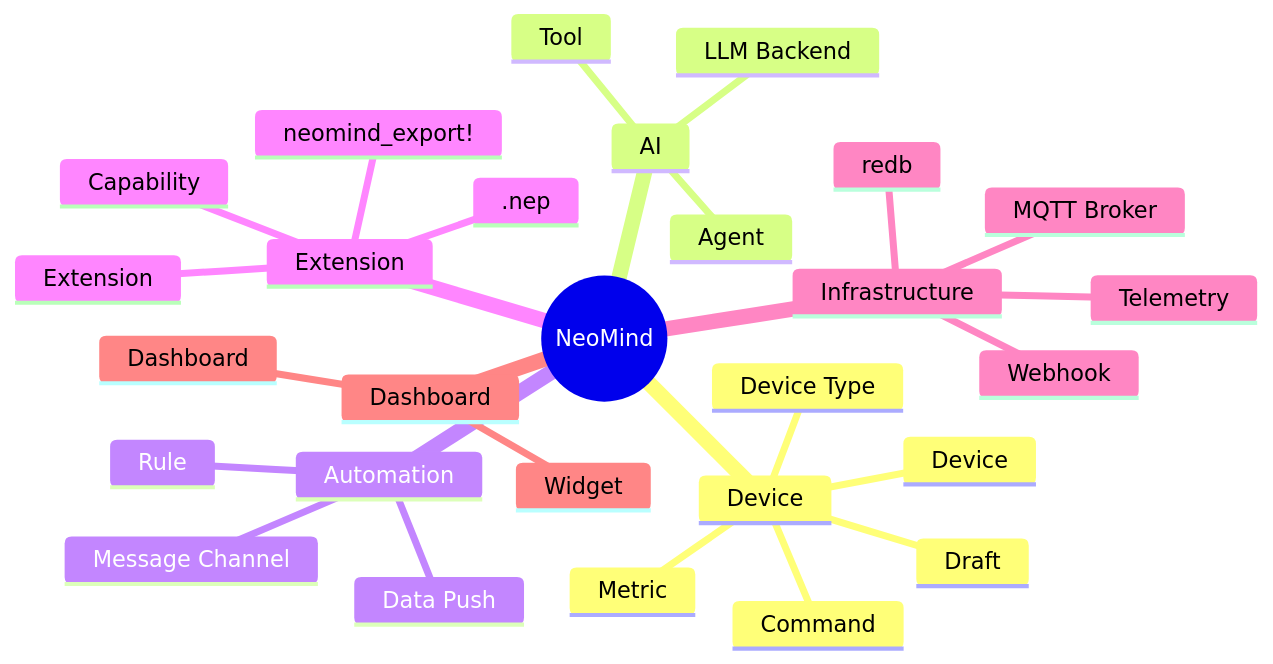
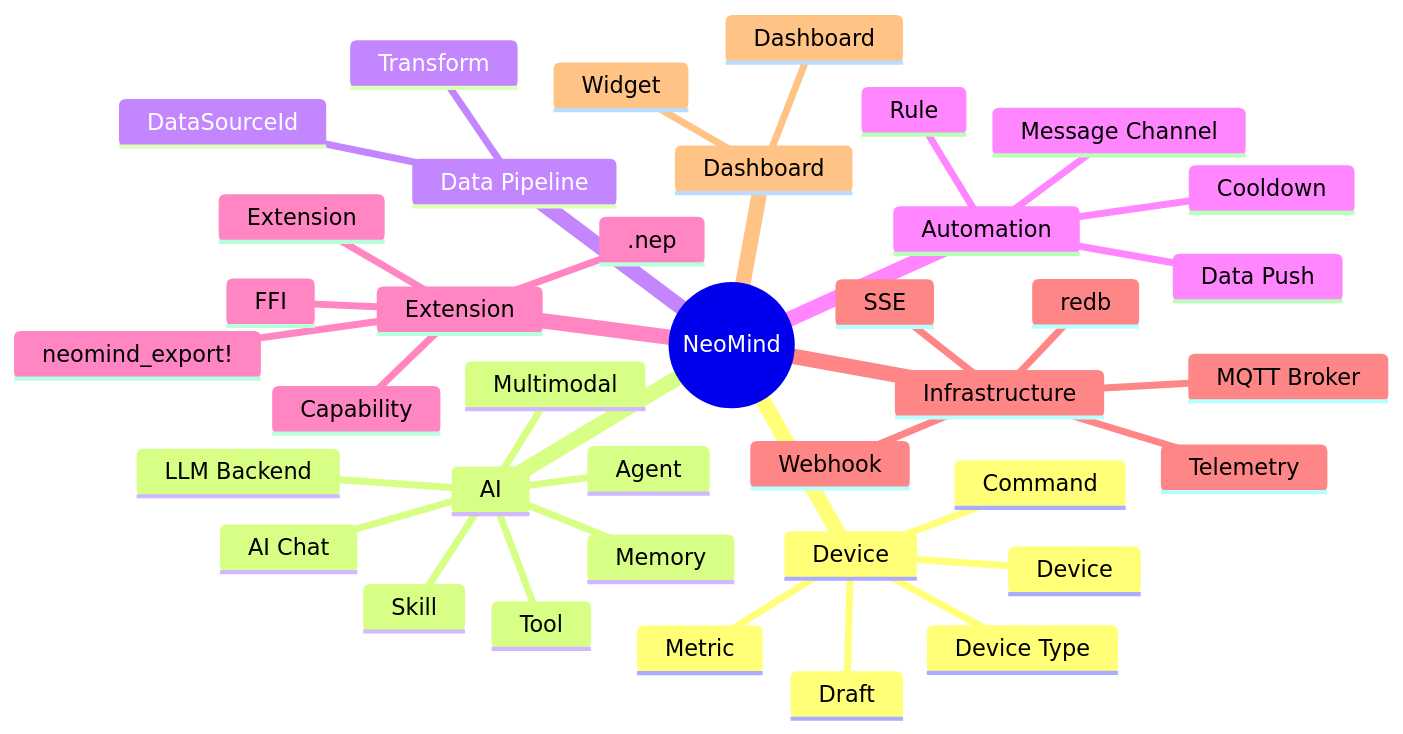
One commit to luommy/wiki-documents changed the first of 2 diagrams in i18n/en/docusaurus-plugin-content-docs/current/0-neomind/concepts/1-glossary.md. Above: the diagram before and after it, drawn with Mermaid. The commit also changed other lines of this file and 59 other files, not shown here.

````diff
--- a/i18n/en/docusaurus-plugin-content-docs/current/0-neomind/concepts/1-glossary.md
+++ b/i18n/en/docusaurus-plugin-content-docs/current/0-neomind/concepts/1-glossary.md
@@ -24,31 +24,41 @@
 ```mermaid
 mindmap
   root((NeoMind))
     Device
       Device
       Device Type
       Draft
       Metric
       Command
     AI
       LLM Backend
+      AI Chat
       Agent
       Tool
+      Memory
+      Skill
+      Multimodal
+    Data Pipeline
+      Transform
+      DataSourceId
     Automation
       Rule
+      Cooldown
       Message Channel
       Data Push
     Extension
       Extension
       Capability
+      FFI
       .nep
       neomind_export!
     Infrastructure
       MQTT Broker
       Telemetry
       redb
       Webhook
+      SSE
     Dashboard
       Dashboard
       Widget
 ```
````
